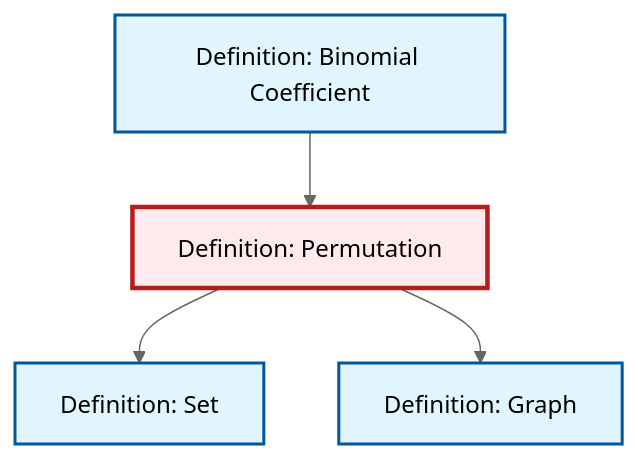
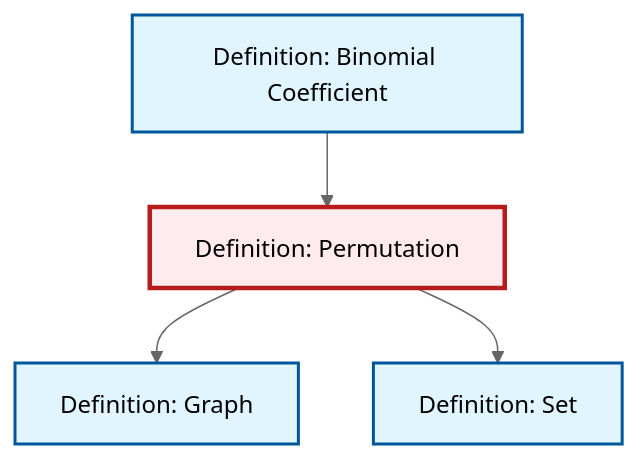
One commit to RK0429/ModernMath changed the diagram in content/ja/combinatorics/def-permutation.qmd. Above: the diagram before and after it, drawn with Mermaid (neutral theme). The commit also changed other lines of this file and 497 other files, not shown here.

````diff
--- a/content/ja/combinatorics/def-permutation.qmd
+++ b/content/ja/combinatorics/def-permutation.qmd
@@ -53,20 +53,20 @@
 ```{mermaid}
 %%| fig-cap: "Local dependency graph"
 graph TD
     classDef definition fill:#e1f5fe,stroke:#01579b,stroke-width:2px
     classDef theorem fill:#f3e5f5,stroke:#4a148c,stroke-width:2px
     classDef axiom fill:#fff3e0,stroke:#e65100,stroke-width:2px
     classDef example fill:#e8f5e9,stroke:#1b5e20,stroke-width:2px
     classDef current fill:#ffebee,stroke:#b71c1c,stroke-width:3px
     def-set["Definition: Set"]:::definition
+    def-graph["Definition: Graph"]:::definition
     def-permutation["Definition: Permutation"]:::definition
     def-binomial-coefficient["Definition: Binomial Coefficient"]:::definition
-    def-graph["Definition: Graph"]:::definition
-    def-permutation --> def-set
     def-permutation --> def-graph
     def-binomial-coefficient --> def-permutation
+    def-permutation --> def-set
     class def-permutation current
     click def-set "def-set.html" "Definition: Setへ"
+    click def-graph "def-graph.html" "Definition: Graphへ"
     click def-binomial-coefficient "def-binomial-coefficient.html" "Definition: Binomial Coefficientへ"
-    click def-graph "def-graph.html" "Definition: Graphへ"
 ```
````
